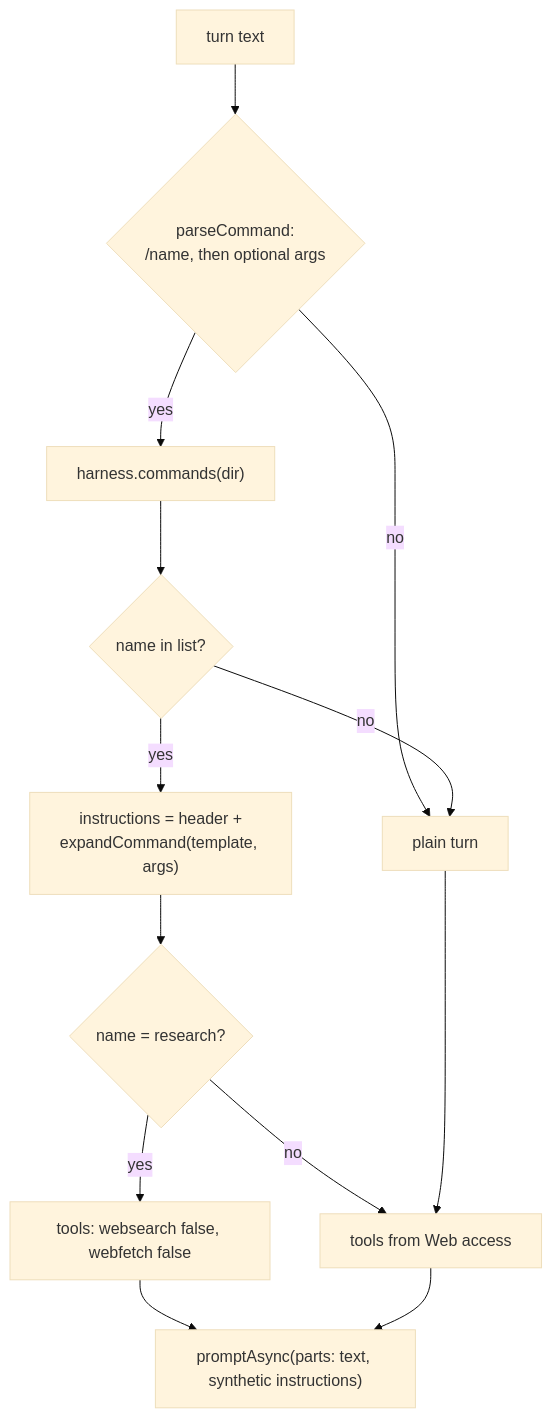
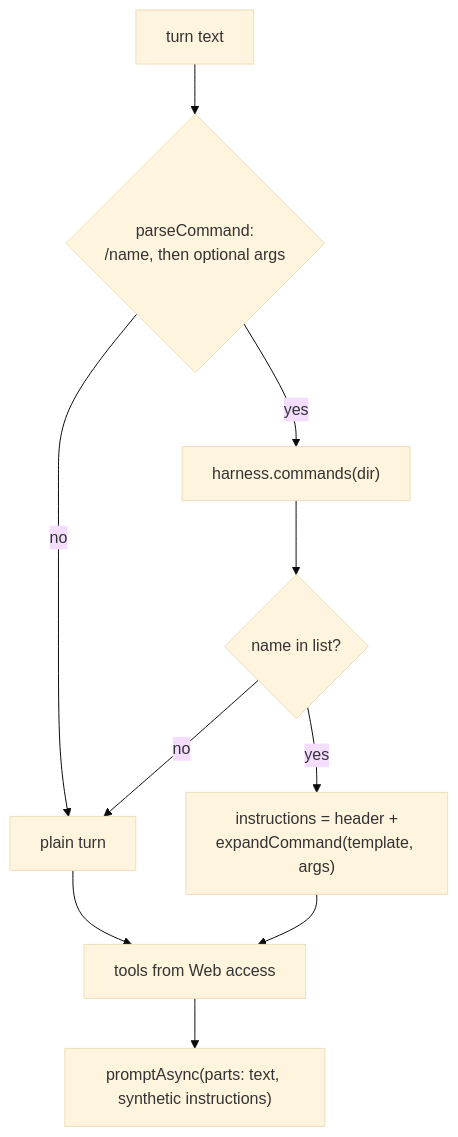
Before and after one commit to tillg/karpathy.app: the second of 4 diagrams in specs/changes/chat-commands-research/architecture.md, drawn with Mermaid (base theme). The commit also changed other lines of this file and 3 other files, not shown here.

````diff
--- a/specs/changes/chat-commands-research/architecture.md
+++ b/specs/changes/chat-commands-research/architecture.md
@@ -102,14 +174,12 @@
 ```mermaid
 flowchart TD
   T["turn text"] --> P{"parseCommand:<br/>/name, then optional args"}
   P -- no --> PL["plain turn"]
   P -- yes --> L["harness.commands(dir)"]
   L --> F{"name in list?"}
   F -- no --> PL
   F -- yes --> X["instructions = header +<br/>expandCommand(template, args)"]
-  X --> R{"name = research?"}
-  R -- yes --> NW["tools: websearch false, webfetch false"]
-  R -- no --> SW["tools from Web access"]
-  NW & SW --> PA["promptAsync(parts: text, synthetic instructions)"]
+  X --> SW["tools from Web access"]
+  SW --> PA["promptAsync(parts: text, synthetic instructions)"]
   PL --> SW
 ```
````
